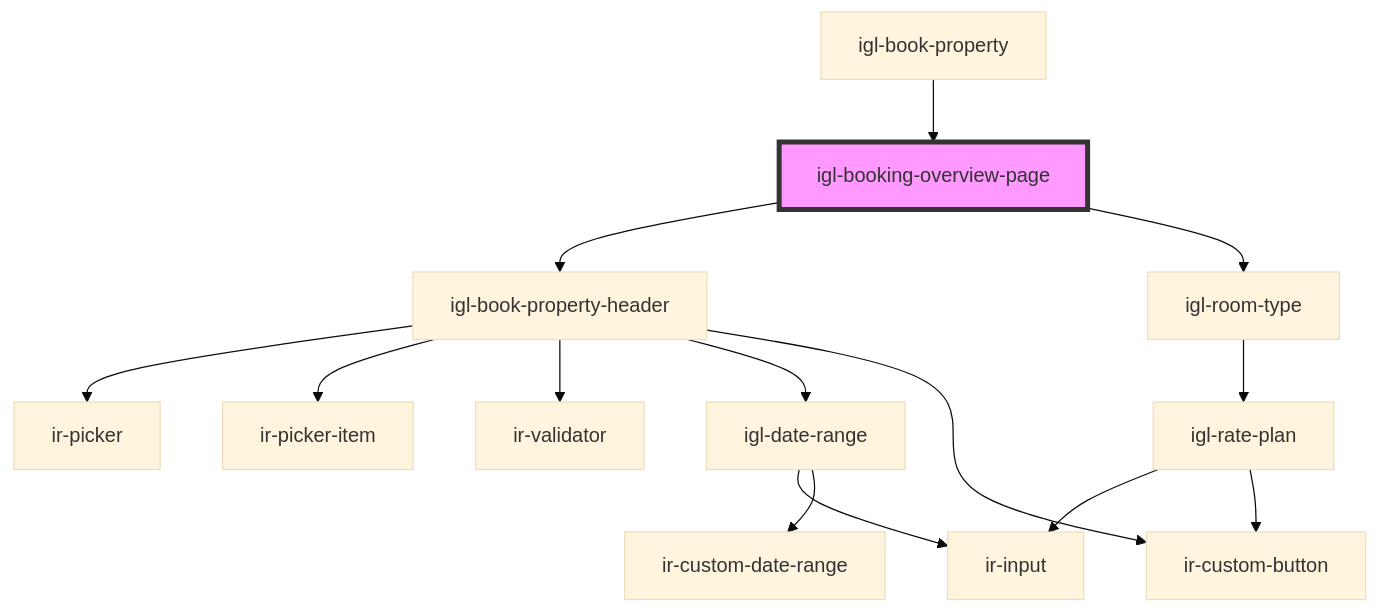
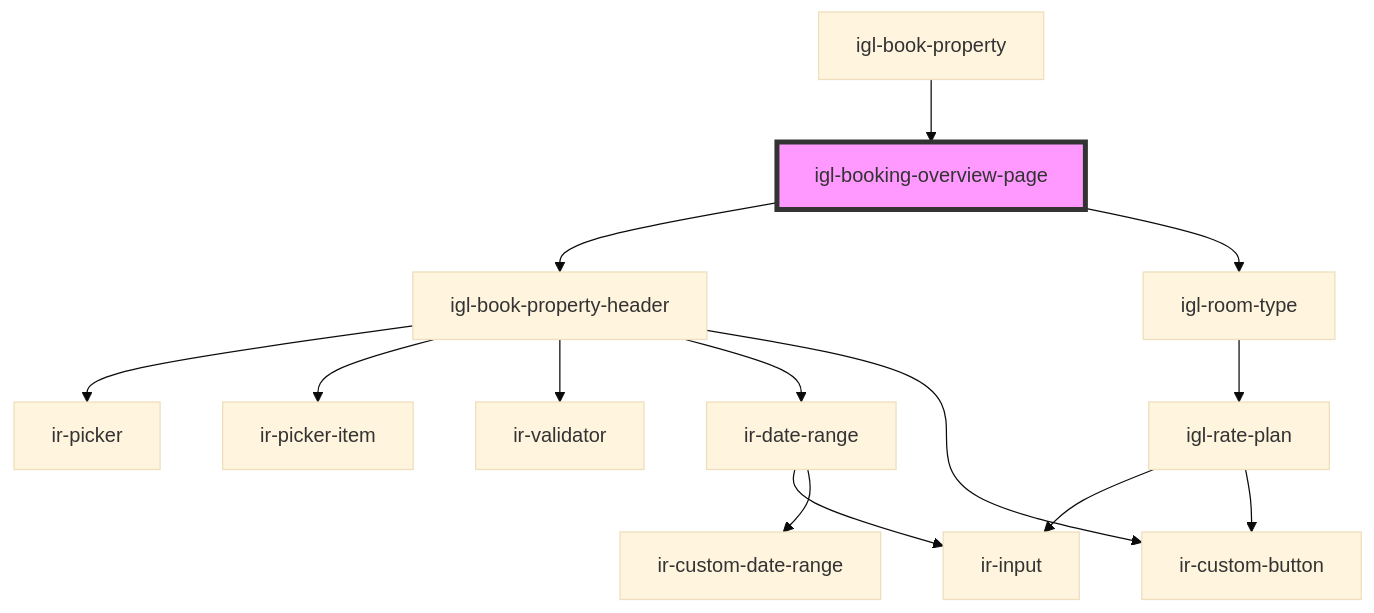
Before and after one commit to RonyRizk/ir-webcmp: the diagram in src/components/igloo-calendar/igl-book-property/igl-booking-overview-page/readme.md, drawn with Mermaid (base theme). The commit also changed 586 other files, not shown here.

````diff
--- a/src/components/igloo-calendar/igl-book-property/igl-booking-overview-page/readme.md
+++ b/src/components/igloo-calendar/igl-book-property/igl-booking-overview-page/readme.md
@@ -45,17 +45,17 @@
 ```mermaid
 graph TD;
   igl-booking-overview-page --> igl-book-property-header
   igl-booking-overview-page --> igl-room-type
   igl-book-property-header --> ir-picker
   igl-book-property-header --> ir-picker-item
   igl-book-property-header --> ir-validator
-  igl-book-property-header --> igl-date-range
+  igl-book-property-header --> ir-date-range
   igl-book-property-header --> ir-custom-button
-  igl-date-range --> ir-input
-  igl-date-range --> ir-custom-date-range
+  ir-date-range --> ir-input
+  ir-date-range --> ir-custom-date-range
   igl-room-type --> igl-rate-plan
   igl-rate-plan --> ir-input
   igl-rate-plan --> ir-custom-button
   igl-book-property --> igl-booking-overview-page
   style igl-booking-overview-page fill:#f9f,stroke:#333,stroke-width:4px
 ```
````
